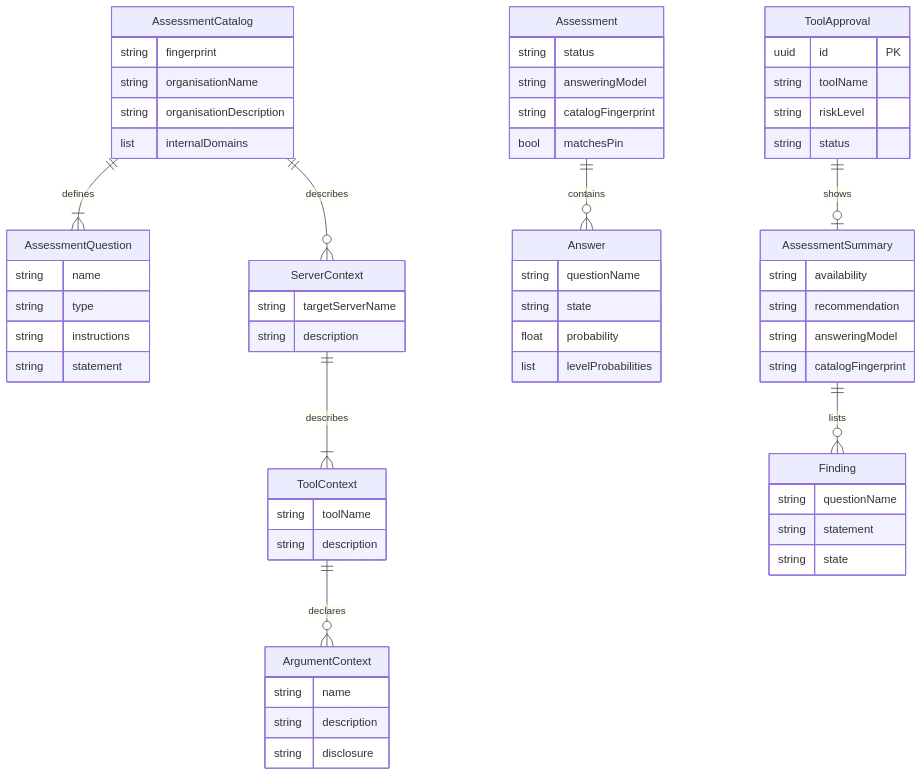
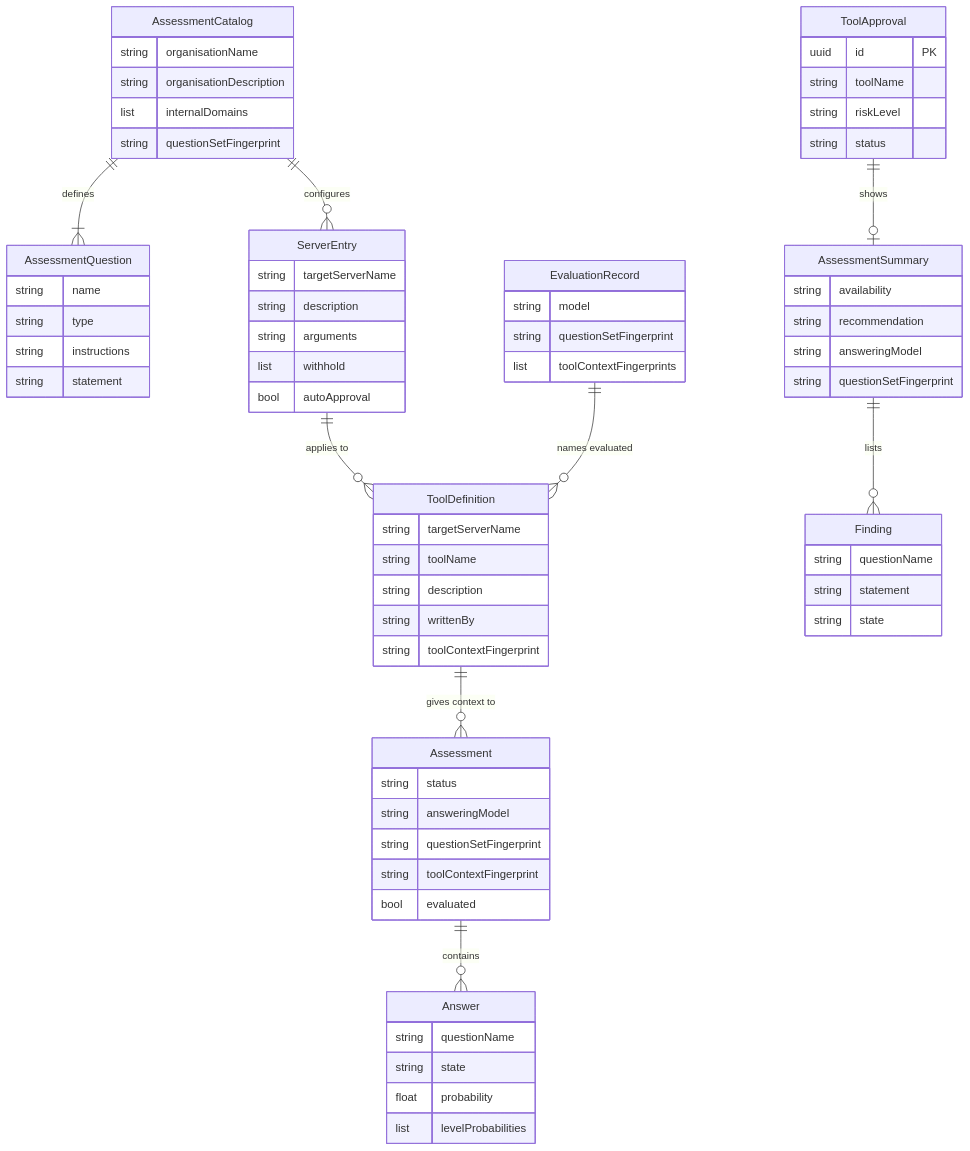
The first of 2 diagrams in specs/20261123-194542-decision-model-tool-approvals/spec.md (zalando-incubator/agentic-identity-broker), drawn with Mermaid before and after one commit. The commit also changed other lines of this file and 3 other files, not shown here.

First line of the commit message:
docs(spec): use server-listed tool definitions as model context

````diff
--- a/specs/20261123-194542-decision-model-tool-approvals/spec.md
+++ b/specs/20261123-194542-decision-model-tool-approvals/spec.md
@@ -947,64 +1043,72 @@
 ```mermaid
 erDiagram
     AssessmentCatalog {
-        string fingerprint
         string organisationName
         string organisationDescription
         list internalDomains
+        string questionSetFingerprint
     }
     AssessmentQuestion {
         string name
         string type
         string instructions
         string statement
     }
-    ServerContext {
+    ServerEntry {
         string targetServerName
         string description
+        string arguments
+        list withhold
+        bool autoApproval
     }
-    ToolContext {
+    ToolDefinition {
+        string targetServerName
         string toolName
         string description
-    }
-    ArgumentContext {
-        string name
-        string description
-        string disclosure
+        string writtenBy
+        string toolContextFingerprint
     }
     Assessment {
         string status
         string answeringModel
-        string catalogFingerprint
-        bool matchesPin
+        string questionSetFingerprint
+        string toolContextFingerprint
+        bool evaluated
     }
     Answer {
         string questionName
         string state
         float probability
         list levelProbabilities
+    }
+    EvaluationRecord {
+        string model
+        string questionSetFingerprint
+        list toolContextFingerprints
     }
     ToolApproval {
         uuid id PK
         string toolName
         string riskLevel
         string status
     }
     AssessmentSummary {
         string availability
         string recommendation
         string answeringModel
-        string catalogFingerprint
+        string questionSetFingerprint
     }
     Finding {
         string questionName
         string statement
         string state
     }
     AssessmentCatalog ||--|{ AssessmentQuestion : "defines"
-    AssessmentCatalog ||--o{ ServerContext : "describes"
-    ServerContext ||--|{ ToolContext : "describes"
-    ToolContext ||--o{ ArgumentContext : "declares"
+    AssessmentCatalog ||--o{ ServerEntry : "configures"
+    ServerEntry ||--o{ ToolDefinition : "applies to"
+    ToolDefinition ||--o{ Assessment : "gives context to"
     Assessment ||--o{ Answer : "contains"
+    EvaluationRecord ||--o{ ToolDefinition : "names evaluated"
     ToolApproval ||--o| AssessmentSummary : "shows"
     AssessmentSummary ||--o{ Finding : "lists"
 ```
````
